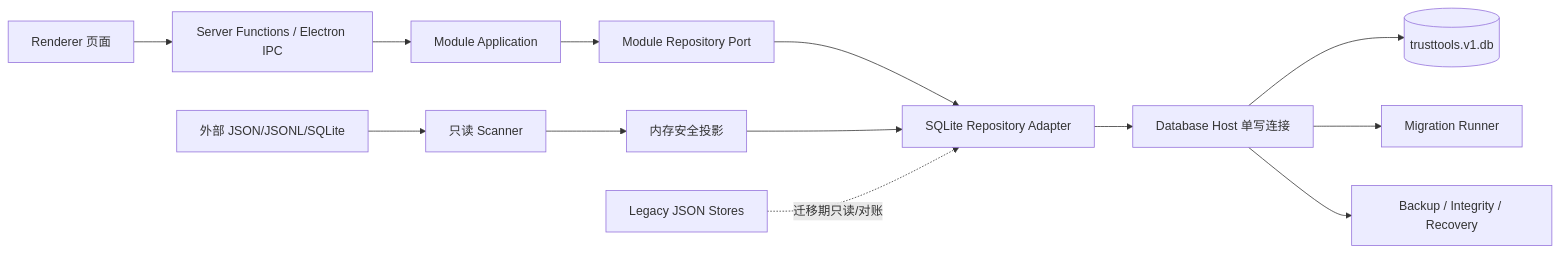
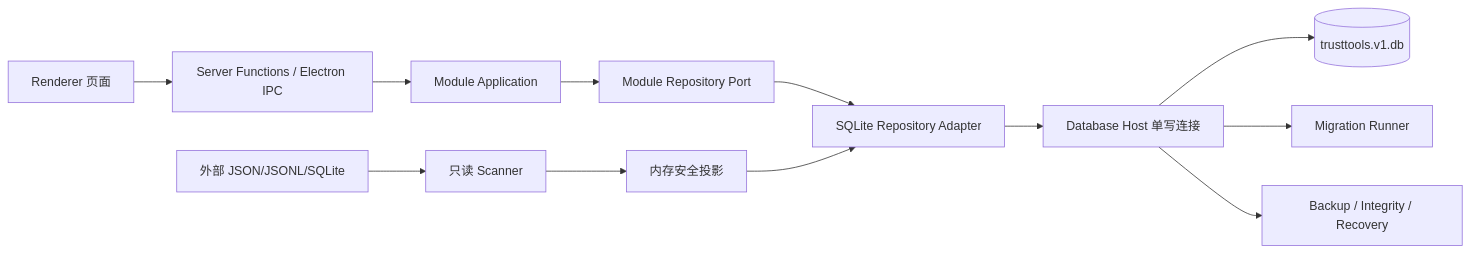
One commit to estelwalks/aitracker changed the first of 2 diagrams in docs/architecture/TrustTools-本地存储数据库-架构设计文档.md. Above: the diagram before and after it, drawn with Mermaid. The commit also changed other lines of this file and 1 other file, not shown here.

Commit message:
docs(architecture): T-05-01 ADR/架构设计文档升级到 SQLite-only 新项目模式

````diff
--- a/docs/architecture/TrustTools-本地存储数据库-架构设计文档.md
+++ b/docs/architecture/TrustTools-本地存储数据库-架构设计文档.md
@@ -109,15 +110,14 @@
 ```mermaid
 flowchart LR
   UI[Renderer 页面] --> API[Server Functions / Electron IPC]
   API --> APP[Module Application]
   APP --> PORT[Module Repository Port]
   PORT --> REPO[SQLite Repository Adapter]
   REPO --> HOST[Database Host 单写连接]
   HOST --> DB[(trusttools.v1.db)]
   HOST --> MIG[Migration Runner]
   HOST --> BAK[Backup / Integrity / Recovery]
   COL[只读 Scanner] --> STAGE[内存安全投影]
   STAGE --> REPO
   RAW[外部 JSON/JSONL/SQLite] --> COL
-  LEGACY[Legacy JSON Stores] -. 迁移期只读/对账 .-> REPO
 ```
````
